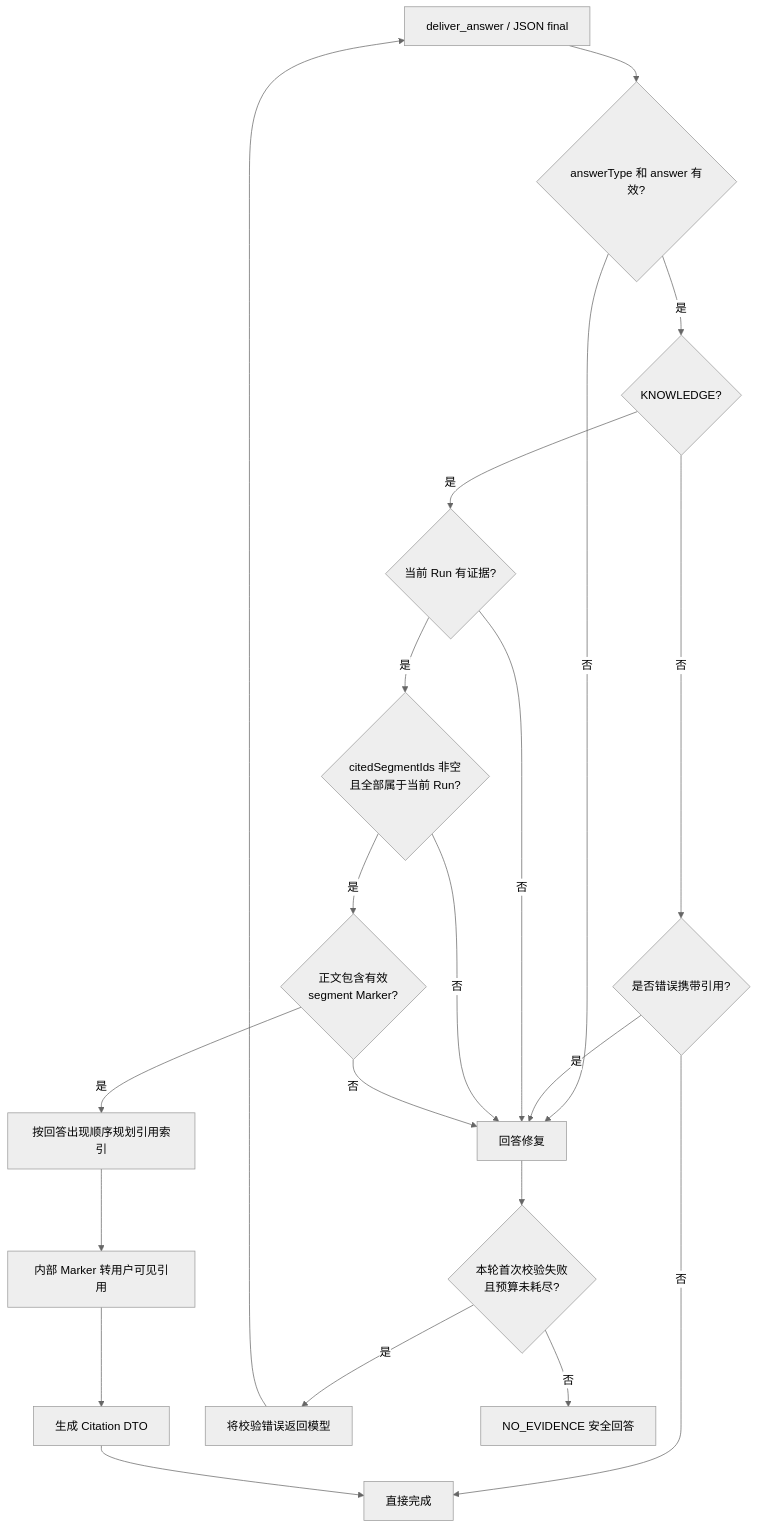
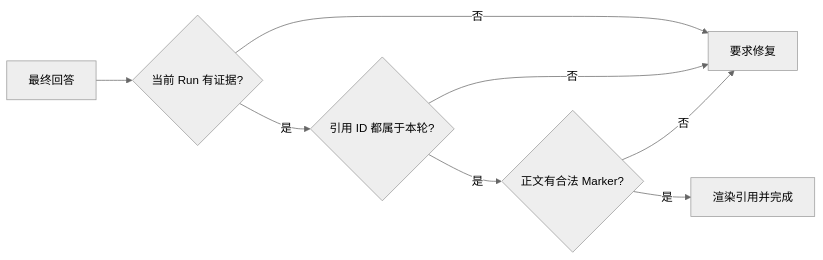
The fourth of 5 diagrams in docs/agent-rag-workflow.md (ryanmeowy/anchr-app), drawn with Mermaid (neutral theme) before and after one commit. The commit also changed other lines of this file and 4 other files, not shown here.

````diff
--- a/docs/agent-rag-workflow.md
+++ b/docs/agent-rag-workflow.md
@@ -344,24 +334,10 @@
 ```mermaid
-flowchart TD
-    A[deliver_answer / JSON final] --> B{answerType 和 answer 有效?}
-    B -- 否 --> R[回答修复]
-    B -- 是 --> C{KNOWLEDGE?}
-    C -- 否 --> D{是否错误携带引用?}
-    D -- 是 --> R
-    D -- 否 --> OK[直接完成]
-
-    C -- 是 --> E{当前 Run 有证据?}
-    E -- 否 --> R
-    E -- 是 --> F{citedSegmentIds 非空<br/>且全部属于当前 Run?}
-    F -- 否 --> R
-    F -- 是 --> G{正文包含有效<br/>segment Marker?}
-    G -- 否 --> R
-    G -- 是 --> H[按回答出现顺序规划引用索引]
-    H --> I[内部 Marker 转用户可见引用]
-    I --> J[生成 Citation DTO]
-    J --> OK
-
-    R --> K{本轮首次校验失败<br/>且预算未耗尽?}
-    K -- 是 --> L[将校验错误返回模型] --> A
-    K -- 否 --> N[NO_EVIDENCE 安全回答]
+flowchart LR
+    A["最终回答"] --> B{"当前 Run 有证据?"}
+    B -- "否" --> X["要求修复"]
+    B -- "是" --> C{"引用 ID 都属于本轮?"}
+    C -- "否" --> X
+    C -- "是" --> D{"正文有合法 Marker?"}
+    D -- "否" --> X
+    D -- "是" --> E["渲染引用并完成"]
 ```
````
